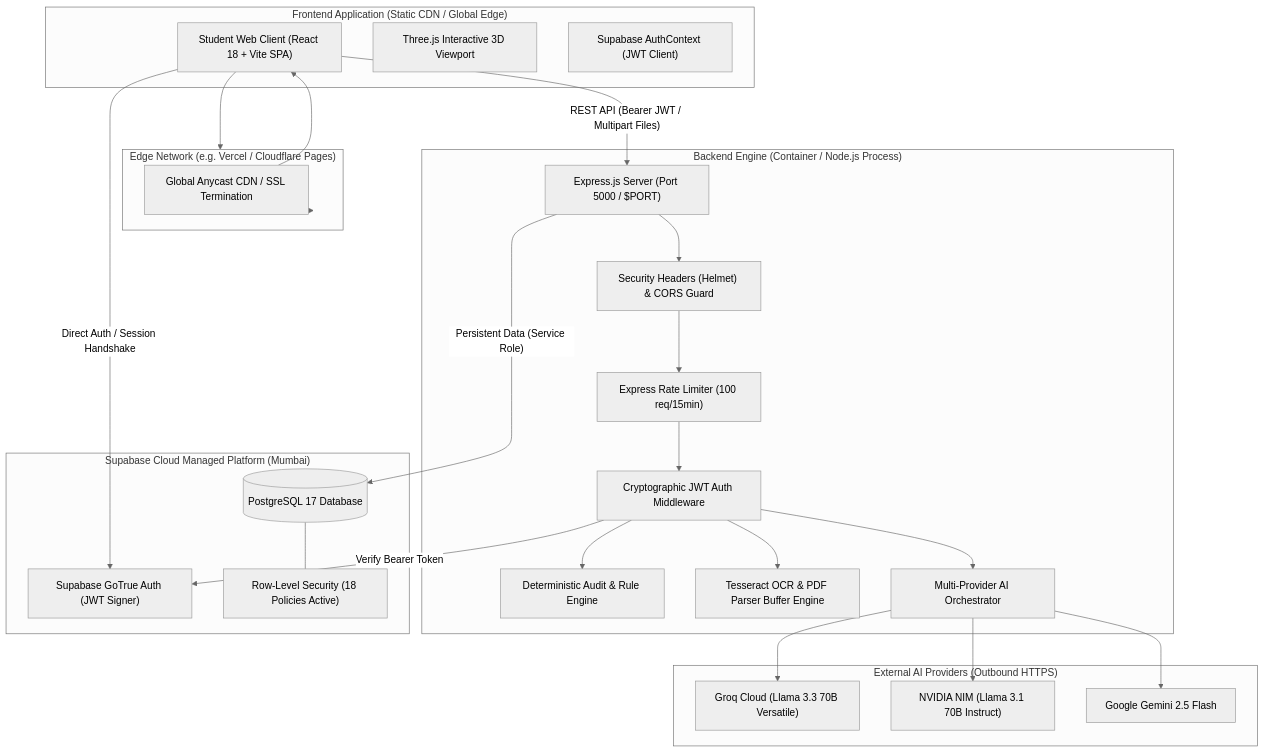
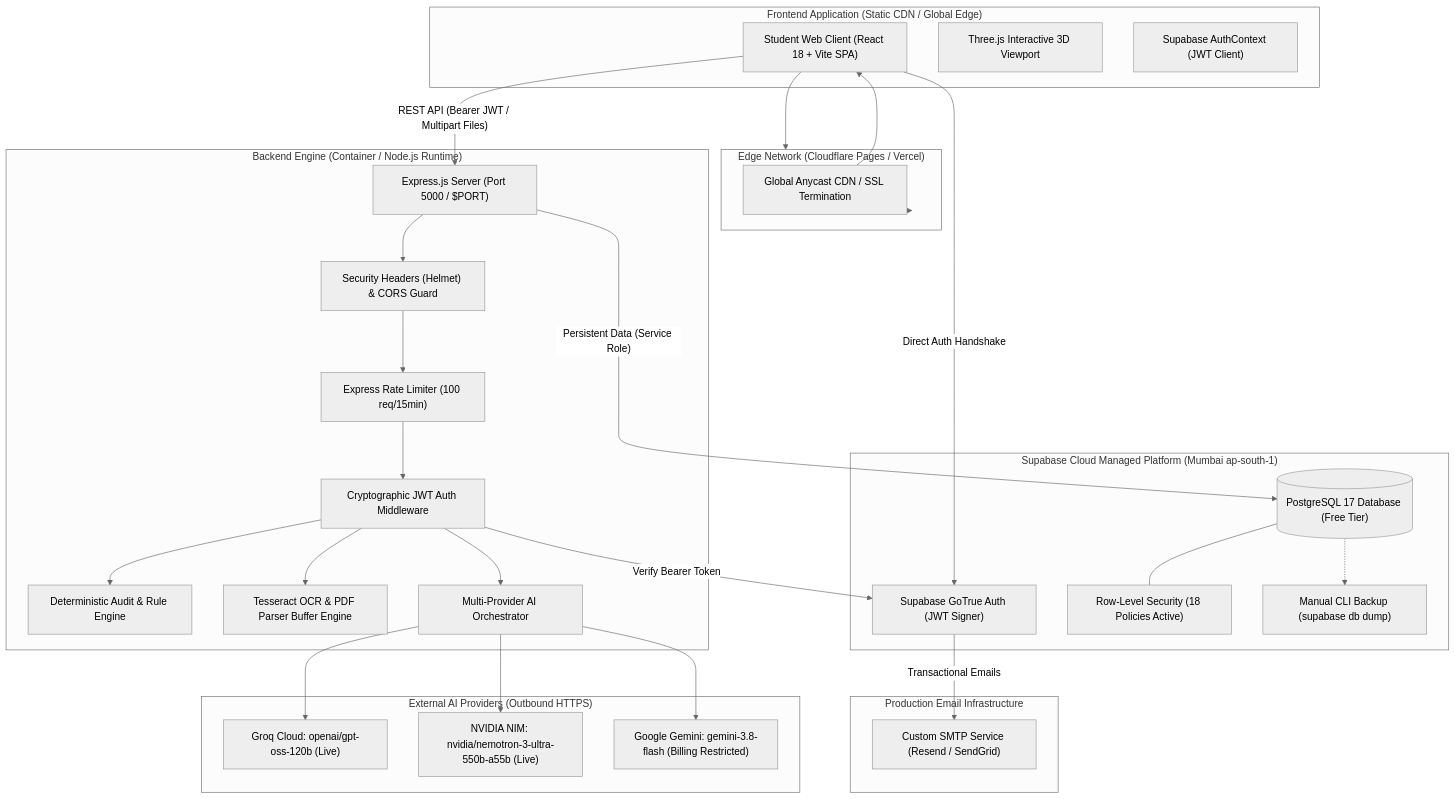
One commit to selfabhijeetkumar/questforge-ai changed the diagram in PRODUCTION_DEPLOYMENT_REPORT.md. Above: the diagram before and after it, drawn with Mermaid (neutral theme). The commit also changed other lines of this file and 7 other files, not shown here.

Commit message:
docs: reconcile Supabase Free backup limits, AI provider models, custom SMTP guide, and hosting architecture

````diff
--- a/PRODUCTION_DEPLOYMENT_REPORT.md
+++ b/PRODUCTION_DEPLOYMENT_REPORT.md
@@ -16,50 +16,57 @@
 ```mermaid
 flowchart TD
     subgraph Client Tier ["Frontend Application (Static CDN / Global Edge)"]
         Browser["Student Web Client (React 18 + Vite SPA)"]
         ThreeCanvas["Three.js Interactive 3D Viewport"]
         AuthContext["Supabase AuthContext (JWT Client)"]
     end
 
-    subgraph CDN ["Edge Network (e.g. Vercel / Cloudflare Pages)"]
+    subgraph CDN ["Edge Network (Cloudflare Pages / Vercel)"]
         Edge["Global Anycast CDN / SSL Termination"]
     end
 
-    subgraph Server Tier ["Backend Engine (Container / Node.js Process)"]
+    subgraph Server Tier ["Backend Engine (Container / Node.js Runtime)"]
         Express["Express.js Server (Port 5000 / $PORT)"]
         Helmet["Security Headers (Helmet) & CORS Guard"]
         Limiter["Express Rate Limiter (100 req/15min)"]
         AuthMiddleware["Cryptographic JWT Auth Middleware"]
         AuditEngine["Deterministic Audit & Rule Engine"]
         OCRService["Tesseract OCR & PDF Parser Buffer Engine"]
         AIFailover["Multi-Provider AI Orchestrator"]
     end
 
-    subgraph Database Tier ["Supabase Cloud Managed Platform (Mumbai)"]
+    subgraph Database Tier ["Supabase Cloud Managed Platform (Mumbai ap-south-1)"]
         SupaAuth["Supabase GoTrue Auth (JWT Signer)"]
-        SupaDB[("PostgreSQL 17 Database")]
+        SupaDB[("PostgreSQL 17 Database (Free Tier)")]
         RLS["Row-Level Security (18 Policies Active)"]
+        ManualBackup["Manual CLI Backup (supabase db dump)"]
+    end
+
+    subgraph Email Tier ["Production Email Infrastructure"]
+        CustomSMTP["Custom SMTP Service (Resend / SendGrid)"]
     end
 
     subgraph AI Tier ["External AI Providers (Outbound HTTPS)"]
-        Groq["Groq Cloud (Llama 3.3 70B Versatile)"]
-        NVIDIA["NVIDIA NIM (Llama 3.1 70B Instruct)"]
-        Gemini["Google Gemini 2.5 Flash"]
+        Groq["Groq Cloud: openai/gpt-oss-120b (Live)"]
+        NVIDIA["NVIDIA NIM: nvidia/nemotron-3-ultra-550b-a55b (Live)"]
+        Gemini["Google Gemini: gemini-3.8-flash (Billing Restricted)"]
     end
 
     Browser --> CDN
     CDN --> Edge
     Edge --> Browser
-    Browser -- "Direct Auth / Session Handshake" --> SupaAuth
+    Browser -- "Direct Auth Handshake" --> SupaAuth
+    SupaAuth -- "Transactional Emails" --> CustomSMTP
     Browser -- "REST API (Bearer JWT / Multipart Files)" --> Express
     Express --> Helmet --> Limiter --> AuthMiddleware
     AuthMiddleware -- "Verify Bearer Token" --> SupaAuth
     AuthMiddleware --> AuditEngine
     AuthMiddleware --> OCRService
     AuthMiddleware --> AIFailover
     AIFailover --> Groq
     AIFailover --> NVIDIA
     AIFailover --> Gemini
     Express -- "Persistent Data (Service Role)" --> SupaDB
     SupaDB --- RLS
+    SupaDB -.-> ManualBackup
 ```
````
